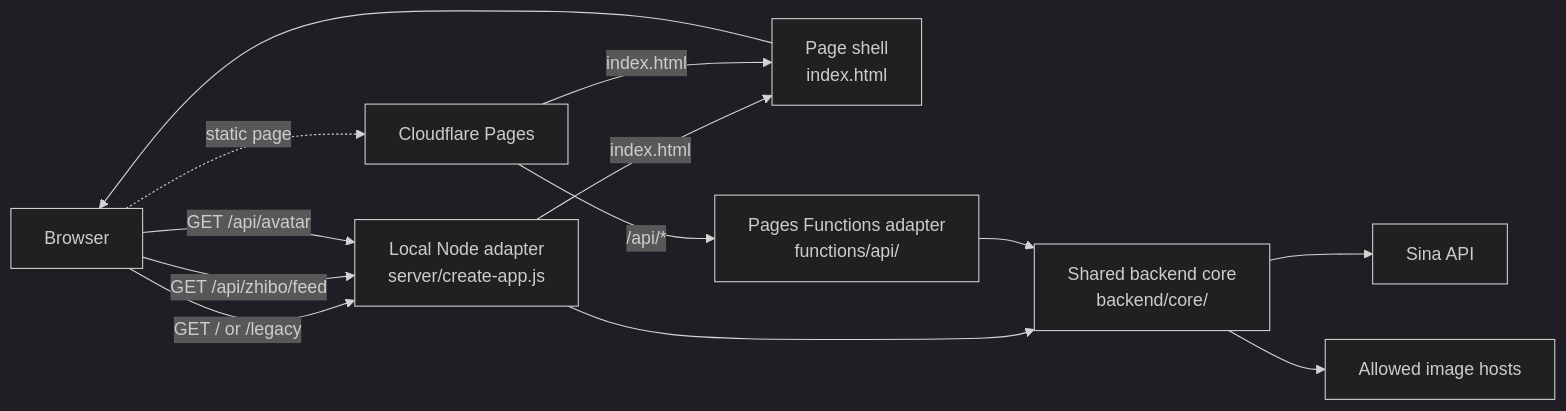
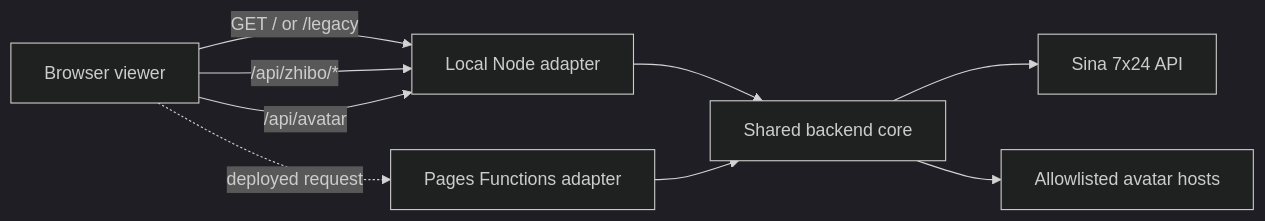
The first of 6 diagrams in ARCHITECTURE.md (virtuecho/sina7x24), drawn with Mermaid (dark theme) before and after one commit. The commit also changed other lines of this file and 2 other files, not shown here.

````diff
--- a/ARCHITECTURE.md
+++ b/ARCHITECTURE.md
@@ -20,19 +23,11 @@
 ```mermaid
 flowchart LR
-  Browser["Browser"] -->|GET / or /legacy| Node["Local Node adapter<br/>server/create-app.js"]
-  Node -->|index.html| Page["Page shell<br/>index.html"]
-  Page --> Browser
-
-  Browser -->|GET /api/zhibo/feed| Node
-  Browser -->|GET /api/avatar| Node
-
-  Browser -. static page .-> Pages["Cloudflare Pages"]
-  Pages -->|index.html| Page
-  Pages -->|/api/*| Functions["Pages Functions adapter<br/>functions/api/"]
-
-  Node --> Core["Shared backend core<br/>backend/core/"]
+  Browser["Browser viewer"] -->|GET / or /legacy| Node["Local Node adapter"]
+  Browser -->|/api/zhibo/*| Node
+  Browser -->|/api/avatar| Node
+  Browser -. deployed request .-> Functions["Pages Functions adapter"]
+  Node --> Core["Shared backend core"]
   Functions --> Core
-
-  Core --> Sina["Sina API"]
-  Core --> Avatar["Allowed image hosts"]
+  Core --> Sina["Sina 7x24 API"]
+  Core --> Avatar["Allowlisted avatar hosts"]
 ```
````
